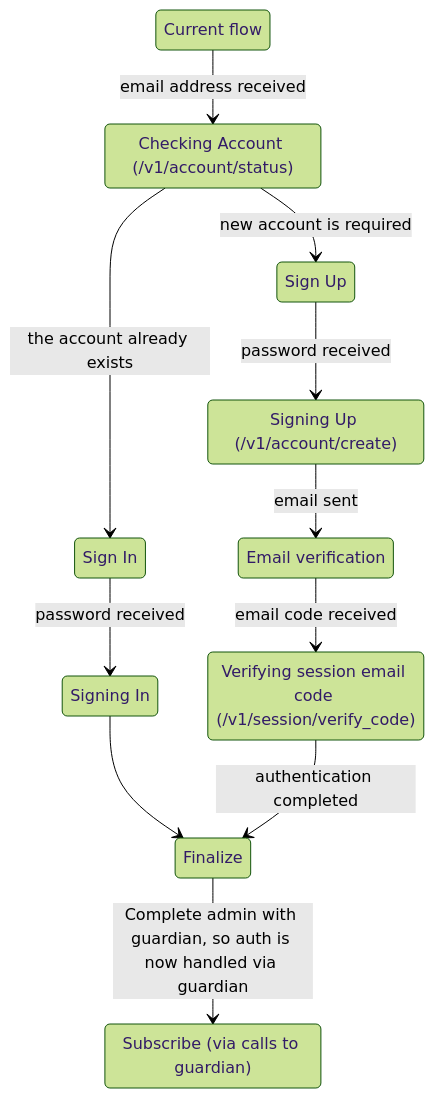
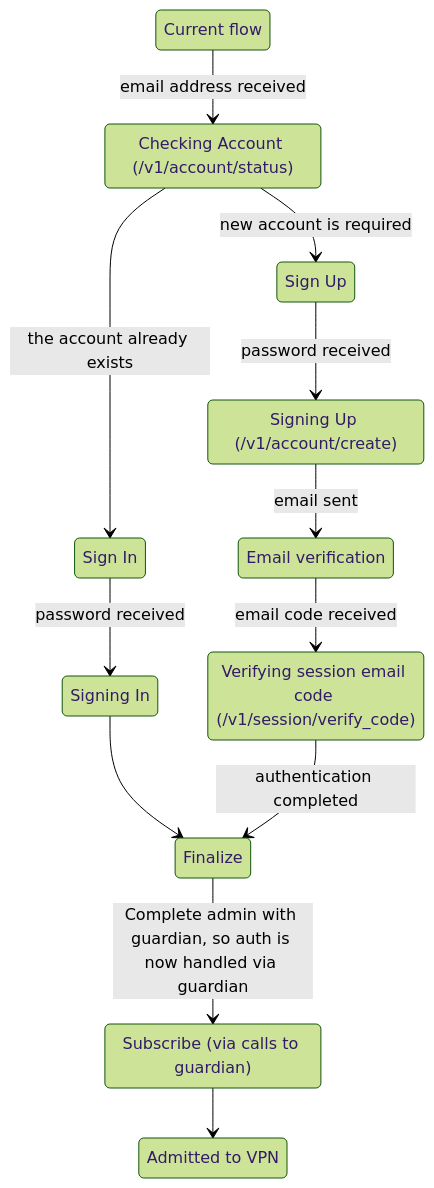
Before and after one commit to mozilla-mobile/mozilla-vpn-client: the first of 2 diagrams in docs/authentication-in-app.md, drawn with Mermaid (forest theme). The commit also changed other lines of this file, not shown here.

````diff
--- a/docs/authentication-in-app.md
+++ b/docs/authentication-in-app.md
@@ -3,24 +3,27 @@
 ```mermaid
 stateDiagram-v2
   Start: Current flow
   CheckingAccount: Checking Account (/v1/account/status)
   SignIn: Sign In
   SignUp: Sign Up
   SigningIn: Signing In
   SigningUp: Signing Up (/v1/account/create)
   EmailVerification: Email verification
   VerifyingSessionEmailCode: Verifying session email code (/v1/session/verify_code)
   Finalize: 
   Subscribe: Subscribe (via calls to guardian) 
+  Admitted: Admitted to VPN
+
  
   Start --> CheckingAccount: email address received
   CheckingAccount --> SignIn: the account already exists
   CheckingAccount --> SignUp: new account is required
   SignIn --> SigningIn: password received
   SigningIn --> Finalize
   SignUp --> SigningUp: password received
   SigningUp --> EmailVerification: email sent
   EmailVerification --> VerifyingSessionEmailCode: email code received
   VerifyingSessionEmailCode --> Finalize: authentication completed
   Finalize --> Subscribe: Complete admin with guardian, so auth is now handled via guardian
+  Subscribe --> Admitted
 ```
````
